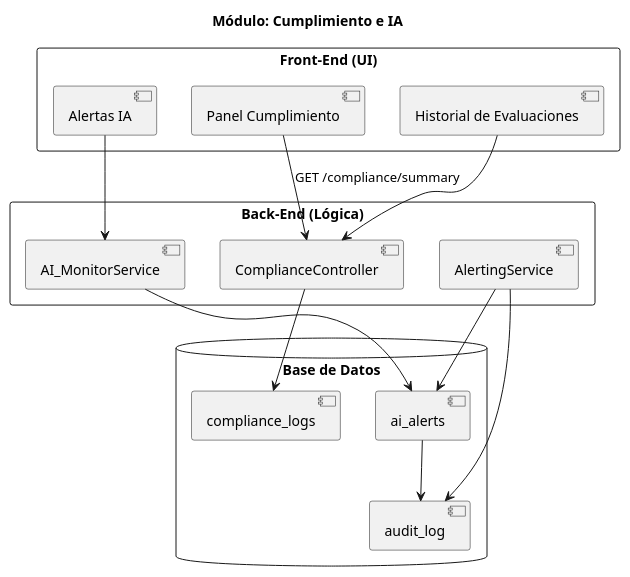
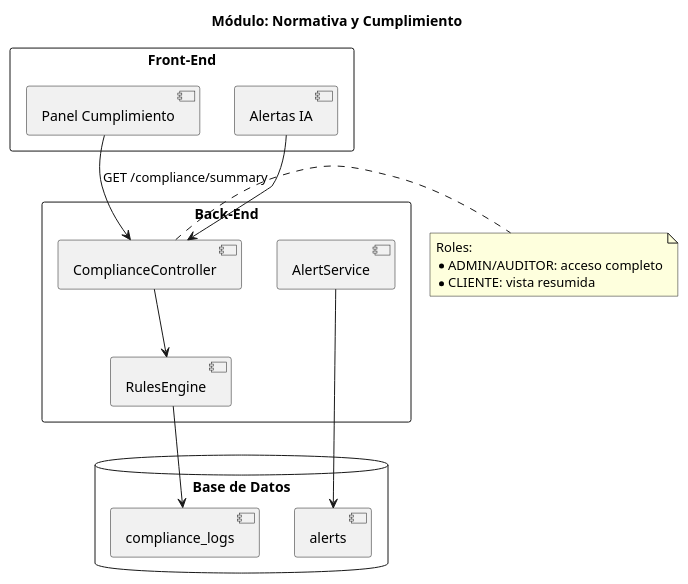
The diagram in docs/plantuml/normativa.puml (Orlamrt/SistemaContableISW), drawn with PlantUML before and after one commit. The commit also changed 48 other files, not shown here.

```diff
--- a/docs/plantuml/normativa.puml
+++ b/docs/plantuml/normativa.puml
@@ -1,31 +1,32 @@
 @startuml
-title Módulo: Cumplimiento e IA
+title Módulo: Normativa y Cumplimiento
 
-rectangle "Front-End (UI)" {
+rectangle "Front-End" {
   [Panel Cumplimiento]
   [Alertas IA]
-  [Historial de Evaluaciones]
 }
 
-rectangle "Back-End (Lógica)" {
+rectangle "Back-End" {
   [ComplianceController]
-  [AI_MonitorService]
-  [AlertingService]
+  [RulesEngine]
+  [AlertService]
 }
+
+note right of [ComplianceController]
+  Roles:
+  * ADMIN/AUDITOR: acceso completo
+  * CLIENTE: vista resumida
+end note
 
 database "Base de Datos" {
   [compliance_logs]
-  [ai_alerts]
-  [audit_log]
+  [alerts]
 }
 
 [Panel Cumplimiento] --> [ComplianceController] : GET /compliance/summary
-[Alertas IA] --> [AI_MonitorService]
-[Historial de Evaluaciones] --> [ComplianceController]
-[ComplianceController] --> [compliance_logs]
-[AI_MonitorService] --> [ai_alerts]
-[AlertingService] --> [ai_alerts]
-[AlertingService] --> [audit_log]
-[ai_alerts] --> [audit_log]
+[Alertas IA] --> [ComplianceController]
+[ComplianceController] --> [RulesEngine]
+[RulesEngine] --> [compliance_logs]
+[AlertService] --> [alerts]
 
 @enduml
```
